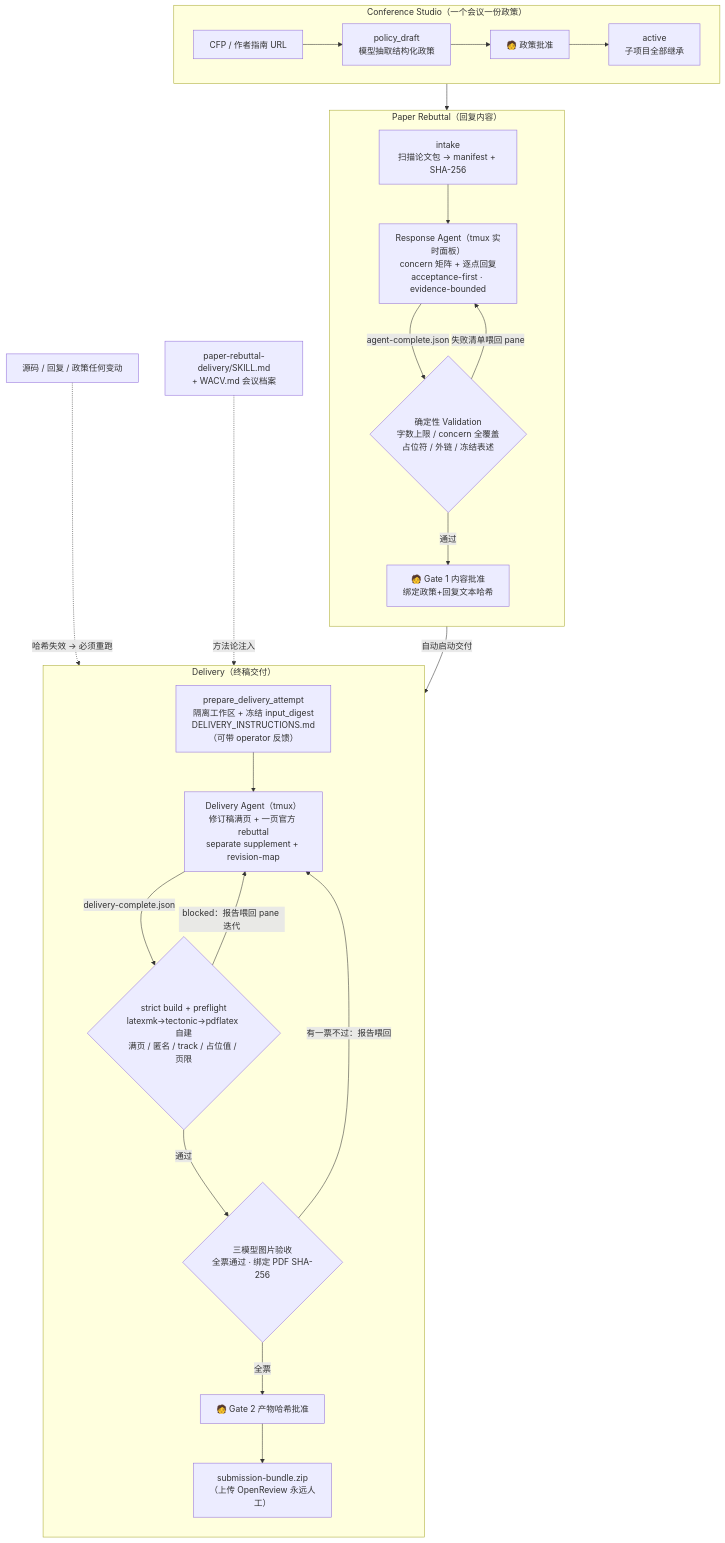
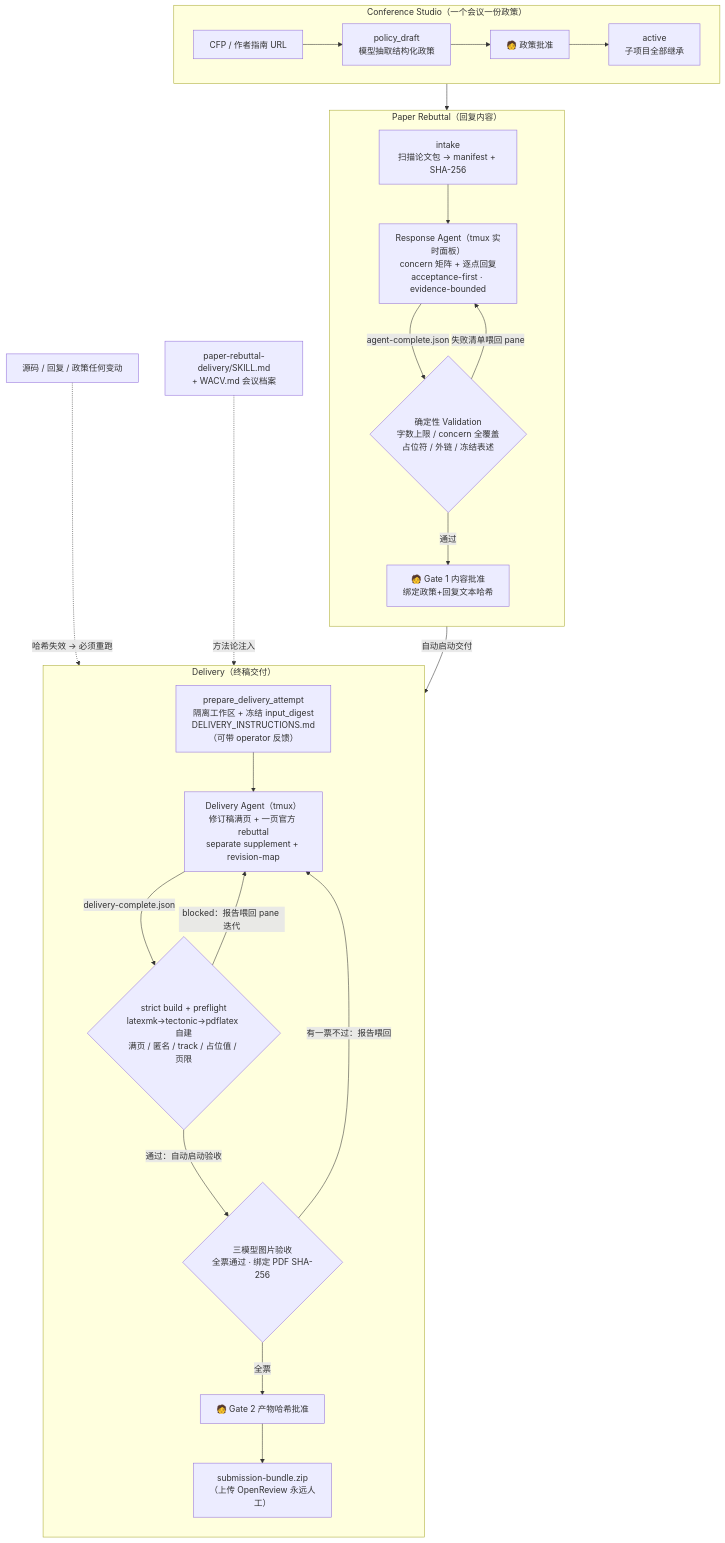
Before and after one commit to FutureMLS-Lab/Loom: the diagram in docs/rebuttal-factory/arch.md, drawn with Mermaid. The commit also changed other lines of this file, not shown here.

Commit message:
Bring the delivery arch doc in line with automatic figure verification

````diff
--- a/docs/rebuttal-factory/arch.md
+++ b/docs/rebuttal-factory/arch.md
@@ -8,41 +8,41 @@
 ```mermaid
 flowchart TB
     subgraph CS["Conference Studio（一个会议一份政策）"]
         direction LR
         CFP["CFP / 作者指南 URL"] --> PDRAFT["policy_draft<br/>模型抽取结构化政策"]
         PDRAFT --> PGATE["🧑 政策批准"] --> ACTIVE["active<br/>子项目全部继承"]
     end
 
     subgraph RESP["Paper Rebuttal（回复内容）"]
         direction TB
         IMP["intake<br/>扫描论文包 → manifest + SHA-256"]
         RA["Response Agent（tmux 实时面板）<br/>concern 矩阵 + 逐点回复<br/>acceptance-first · evidence-bounded"]
         VAL{"确定性 Validation<br/>字数上限 / concern 全覆盖<br/>占位符 / 外链 / 冻结表述"}
         G1["🧑 Gate 1 内容批准<br/>绑定政策+回复文本哈希"]
         IMP --> RA
         RA -->|"agent-complete.json"| VAL
         VAL -->|"失败清单喂回 pane"| RA
         VAL -->|"通过"| G1
     end
 
     subgraph DLV["Delivery（终稿交付）"]
         direction TB
         PREP["prepare_delivery_attempt<br/>隔离工作区 + 冻结 input_digest<br/>DELIVERY_INSTRUCTIONS.md（可带 operator 反馈）"]
         DA["Delivery Agent（tmux）<br/>修订稿满页 + 一页官方 rebuttal<br/>separate supplement + revision-map"]
         ING{"strict build + preflight<br/>latexmk→tectonic→pdflatex 自建<br/>满页 / 匿名 / track / 占位值 / 页限"}
         FV{"三模型图片验收<br/>全票通过 · 绑定 PDF SHA-256"}
         G2["🧑 Gate 2 产物哈希批准"]
         BND["submission-bundle.zip<br/>（上传 OpenReview 永远人工）"]
         PREP --> DA
         DA -->|"delivery-complete.json"| ING
         ING -->|"blocked：报告喂回 pane 迭代"| DA
-        ING -->|"通过"| FV
+        ING -->|"通过：自动启动验收"| FV
         FV -->|"有一票不过：报告喂回"| DA
         FV -->|"全票"| G2 --> BND
     end
 
     ACTIVE --> IMP
     G1 -->|"自动启动交付"| PREP
     DRIFT["源码 / 回复 / 政策任何变动"] -.->|"哈希失效 → 必须重跑"| G2
     SKILL["paper-rebuttal-delivery/SKILL.md<br/>+ WACV.md 会议档案"] -.->|"方法论注入"| DA
 ```
````
